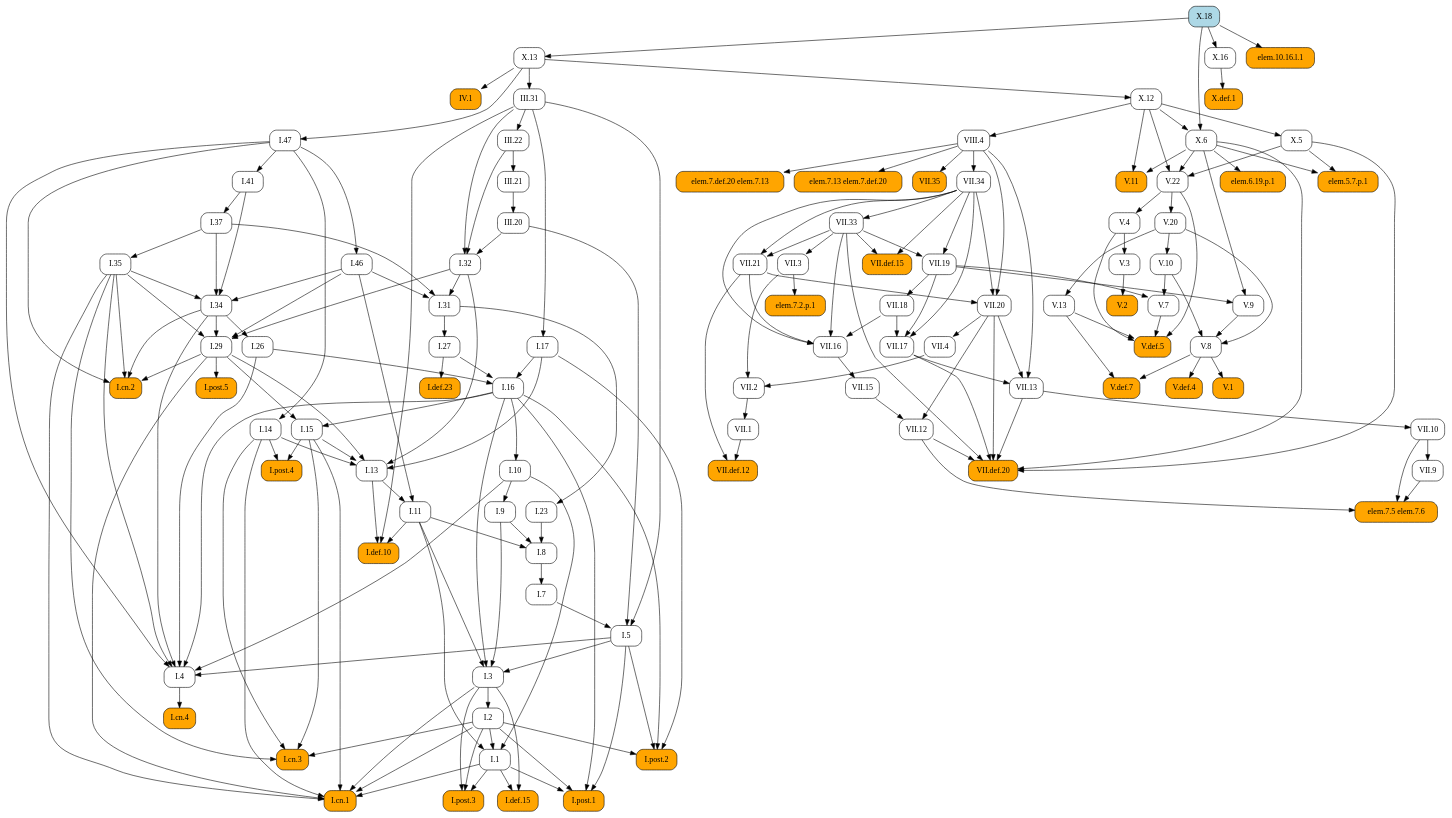
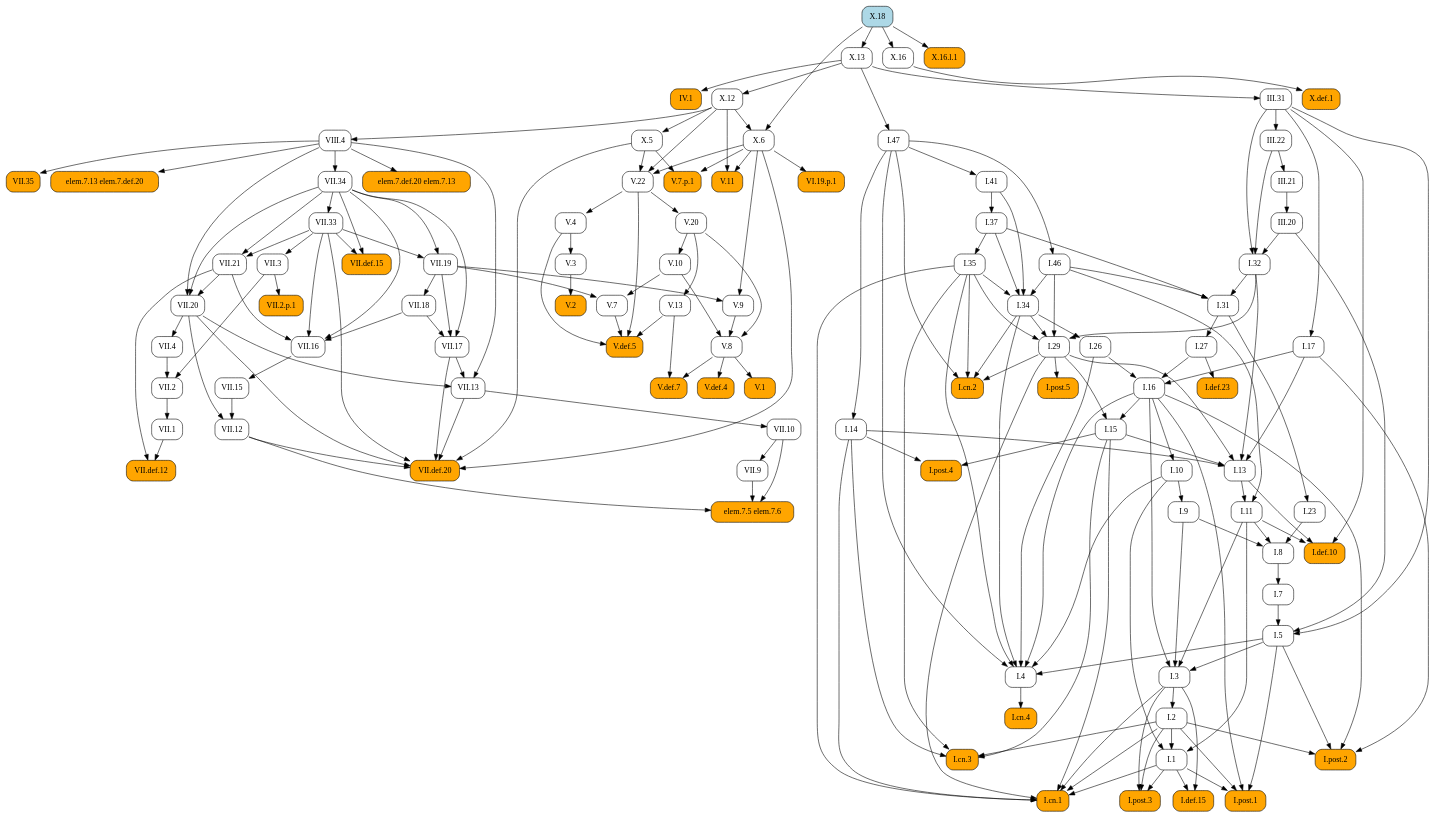
One commit to geometor/elements changed the diagram in docsrc/heath/X/18/index.rst. Above: the diagram before and after it, drawn with Graphviz. The commit also changed other lines of this file and 484 other files, not shown here.

```diff
--- a/docsrc/heath/X/18/index.rst
+++ b/docsrc/heath/X/18/index.rst
@@ -59,186 +63,150 @@
    digraph {
      rankdir="TB";
      node [shape=box, style=rounded];
+     "I.23" [URL="/heath/I/23/", target="_top"];
+     "I.9" [URL="/heath/I/9/", target="_top"];
+     "elem.7.def.20 elem.7.13" [style="rounded,filled", fillcolor=orange];
+     "VII.12" [URL="/heath/VII/12/", target="_top"];
+     "IV.1" [style="rounded,filled", fillcolor=orange, URL="/heath/IV/1/", target="_top"];
+     "VII.34" [URL="/heath/VII/34/", target="_top"];
+     "V.13" [URL="/heath/V/13/", target="_top"];
+     "I.def.15" [style="rounded,filled", fillcolor=orange, URL="/heath/I/def.15/", target="_top"];
+     "VII.16" [URL="/heath/VII/16/", target="_top"];
+     "V.7" [URL="/heath/V/7/", target="_top"];
+     "V.7.p.1" [style="rounded,filled", fillcolor=orange];
+     "I.post.1" [style="rounded,filled", fillcolor=orange, URL="/heath/I/post.1/", target="_top"];
+     "III.20" [URL="/heath/III/20/", target="_top"];
+     "X.6" [URL="/heath/X/6/", target="_top"];
+     "V.9" [URL="/heath/V/9/", target="_top"];
+     "I.31" [URL="/heath/I/31/", target="_top"];
+     "III.22" [URL="/heath/III/22/", target="_top"];
+     "VII.13" [URL="/heath/VII/13/", target="_top"];
      "I.def.10" [style="rounded,filled", fillcolor=orange, URL="/heath/I/def.10/", target="_top"];
+     "V.10" [URL="/heath/V/10/", target="_top"];
+     "VIII.4" [URL="/heath/VIII/4/", target="_top"];
+     "V.4" [URL="/heath/V/4/", target="_top"];
+     "VII.35" [style="rounded,filled", fillcolor=orange, URL="/heath/VII/35/", target="_top"];
+     "I.14" [URL="/heath/I/14/", target="_top"];
+     "V.11" [style="rounded,filled", fillcolor=orange, URL="/heath/V/11/", target="_top"];
+     "VII.2.p.1" [style="rounded,filled", fillcolor=orange];
+     "I.34" [URL="/heath/I/34/", target="_top"];
+     "VII.def.20" [style="rounded,filled", fillcolor=orange, URL="/heath/VII/def.20/", target="_top"];
+     "VII.15" [URL="/heath/VII/15/", target="_top"];
+     "I.3" [URL="/heath/I/3/", target="_top"];
+     "V.def.4" [style="rounded,filled", fillcolor=orange, URL="/heath/V/def.4/", target="_top"];
+     "V.def.7" [style="rounded,filled", fillcolor=orange, URL="/heath/V/def.7/", target="_top"];
+     "I.2" [URL="/heath/I/2/", target="_top"];
+     "V.3" [URL="/heath/V/3/", target="_top"];
+     "I.13" [URL="/heath/I/13/", target="_top"];
+     "I.post.4" [style="rounded,filled", fillcolor=orange, URL="/heath/I/post.4/", target="_top"];
+     "I.4" [URL="/heath/I/4/", target="_top"];
+     "X.16" [URL="/heath/X/16/", target="_top"];
+     "I.1" [URL="/heath/I/1/", target="_top"];
+     "I.8" [URL="/heath/I/8/", target="_top"];
+     "I.17" [URL="/heath/I/17/", target="_top"];
+     "VII.21" [URL="/heath/VII/21/", target="_top"];
+     "I.29" [URL="/heath/I/29/", target="_top"];
+     "V.8" [URL="/heath/V/8/", target="_top"];
+     "I.15" [URL="/heath/I/15/", target="_top"];
+     "VII.def.12" [style="rounded,filled", fillcolor=orange, URL="/heath/VII/def.12/", target="_top"];
+     "I.10" [URL="/heath/I/10/", target="_top"];
      "I.11" [URL="/heath/I/11/", target="_top"];
-     "I.post.4" [style="rounded,filled", fillcolor=orange, URL="/heath/I/post.4/", target="_top"];
-     "I.1" [URL="/heath/I/1/", target="_top"];
+     "I.def.23" [style="rounded,filled", fillcolor=orange, URL="/heath/I/def.23/", target="_top"];
+     "elem.7.13 elem.7.def.20" [style="rounded,filled", fillcolor=orange];
+     "VII.20" [URL="/heath/VII/20/", target="_top"];
+     "I.46" [URL="/heath/I/46/", target="_top"];
+     "I.26" [URL="/heath/I/26/", target="_top"];
+     "VII.33" [URL="/heath/VII/33/", target="_top"];
+     "X.18" [style="rounded,filled", fillcolor=lightblue, URL="/heath/X/18/", target="_top"];
+     "I.32" [URL="/heath/I/32/", target="_top"];
+     "elem.7.5 elem.7.6" [style="rounded,filled", fillcolor=orange];
+     "VII.9" [URL="/heath/VII/9/", target="_top"];
+     "I.47" [URL="/heath/I/47/", target="_top"];
+     "VII.18" [URL="/heath/VII/18/", target="_top"];
+     "X.12" [URL="/heath/X/12/", target="_top"];
+     "I.post.3" [style="rounded,filled", fillcolor=orange, URL="/heath/I/post.3/", target="_top"];
+     "V.def.5" [style="rounded,filled", fillcolor=orange, URL="/heath/V/def.5/", target="_top"];
+     "VII.10" [URL="/heath/VII/10/", target="_top"];
+     "X.16.l.1" [style="rounded,filled", fillcolor=orange];
+     "V.20" [URL="/heath/V/20/", target="_top"];
+     "I.27" [URL="/heath/I/27/", target="_top"];
+     "VII.def.15" [style="rounded,filled", fillcolor=orange, URL="/heath/VII/def.15/", target="_top"];
+     "VII.17" [URL="/heath/VII/17/", target="_top"];
+     "VII.19" [URL="/heath/VII/19/", target="_top"];
+     "VII.2" [URL="/heath/VII/2/", target="_top"];
+     "I.35" [URL="/heath/I/35/", target="_top"];
+     "I.cn.1" [style="rounded,filled", fillcolor=orange, URL="/heath/I/cn.1/", target="_top"];
+     "V.2" [style="rounded,filled", fillcolor=orange, URL="/heath/V/2/", target="_top"];
+     "I.7" [URL="/heath/I/7/", target="_top"];
+     "X.def.1" [style="rounded,filled", fillcolor=orange, URL="/heath/X/def.1/", target="_top"];
+     "X.5" [URL="/heath/X/5/", target="_top"];
+     "I.5" [URL="/heath/I/5/", target="_top"];
+     "I.37" [URL="/heath/I/37/", target="_top"];
+     "X.13" [URL="/heath/X/13/", target="_top"];
+     "VI.19.p.1" [style="rounded,filled", fillcolor=orange];
      "VII.1" [URL="/heath/VII/1/", target="_top"];
-     "VII.9" [URL="/heath/VII/9/", target="_top"];
-     "V.def.5" [style="rounded,filled", fillcolor=orange, URL="/heath/V/def.5/", target="_top"];
-     "III.20" [URL="/heath/III/20/", target="_top"];
-     "X.def.1" [style="rounded,filled", fillcolor=orange, URL="/heath/X/def.1/", target="_top"];
+     "I.cn.3" [style="rounded,filled", fillcolor=orange, URL="/heath/I/cn.3/", target="_top"];
+     "I.16" [URL="/heath/I/16/", target="_top"];
      "III.31" [URL="/heath/III/31/", target="_top"];
-     "X.13" [URL="/heath/X/13/", target="_top"];
-     "V.13" [URL="/heath/V/13/", target="_top"];
-     "V.11" [style="rounded,filled", fillcolor=orange, URL="/heath/V/11/", target="_top"];
-     "I.47" [URL="/heath/I/47/", target="_top"];
-     "elem.7.5 elem.7.6" [style="rounded,filled", fillcolor=orange];
-     "I.post.3" [style="rounded,filled", fillcolor=orange, URL="/heath/I/post.3/", target="_top"];
-     "I.cn.3" [style="rounded,filled", fillcolor=orange, URL="/heath/I/cn.3/", target="_top"];
-     "I.14" [URL="/heath/I/14/", target="_top"];
-     "VII.13" [URL="/heath/VII/13/", target="_top"];
-     "VII.2" [URL="/heath/VII/2/", target="_top"];
-     "V.3" [URL="/heath/V/3/", target="_top"];
-     "elem.7.13 elem.7.def.20" [style="rounded,filled", fillcolor=orange];
-     "VII.12" [URL="/heath/VII/12/", target="_top"];
-     "VII.def.12" [style="rounded,filled", fillcolor=orange, URL="/heath/VII/def.12/", target="_top"];
-     "I.41" [URL="/heath/I/41/", target="_top"];
-     "V.8" [URL="/heath/V/8/", target="_top"];
-     "I.27" [URL="/heath/I/27/", target="_top"];
-     "I.37" [URL="/heath/I/37/", target="_top"];
-     "I.34" [URL="/heath/I/34/", target="_top"];
-     "VII.10" [URL="/heath/VII/10/", target="_top"];
-     "elem.7.2.p.1" [style="rounded,filled", fillcolor=orange];
-     "I.2" [URL="/heath/I/2/", target="_top"];
-     "I.def.23" [style="rounded,filled", fillcolor=orange, URL="/heath/I/def.23/", target="_top"];
-     "VII.18" [URL="/heath/VII/18/", target="_top"];
-     "IV.1" [style="rounded,filled", fillcolor=orange, URL="/heath/IV/1/", target="_top"];
-     "I.17" [URL="/heath/I/17/", target="_top"];
-     "I.post.2" [style="rounded,filled", fillcolor=orange, URL="/heath/I/post.2/", target="_top"];
-     "VII.21" [URL="/heath/VII/21/", target="_top"];
-     "VII.20" [URL="/heath/VII/20/", target="_top"];
-     "VII.35" [style="rounded,filled", fillcolor=orange, URL="/heath/VII/35/", target="_top"];
-     "I.9" [URL="/heath/I/9/", target="_top"];
-     "X.16" [URL="/heath/X/16/", target="_top"];
-     "I.32" [URL="/heath/I/32/", target="_top"];
-     "V.def.4" [style="rounded,filled", fillcolor=orange, URL="/heath/V/def.4/", target="_top"];
-     "I.cn.4" [style="rounded,filled", fillcolor=orange, URL="/heath/I/cn.4/", target="_top"];
-     "I.15" [URL="/heath/I/15/", target="_top"];
-     "III.22" [URL="/heath/III/22/", target="_top"];
-     "V.def.7" [style="rounded,filled", fillcolor=orange, URL="/heath/V/def.7/", target="_top"];
-     "VII.def.20" [style="rounded,filled", fillcolor=orange, URL="/heath/VII/def.20/", target="_top"];
-     "I.5" [URL="/heath/I/5/", target="_top"];
-     "elem.7.def.20 elem.7.13" [style="rounded,filled", fillcolor=orange];
-     "I.26" [URL="/heath/I/26/", target="_top"];
-     "I.29" [URL="/heath/I/29/", target="_top"];
+     "VII.4" [URL="/heath/VII/4/", target="_top"];
+     "V.1" [style="rounded,filled", fillcolor=orange, URL="/heath/V/1/", target="_top"];
      "V.22" [URL="/heath/V/22/", target="_top"];
      "I.cn.2" [style="rounded,filled", fillcolor=orange, URL="/heath/I/cn.2/", target="_top"];
-     "X.6" [URL="/heath/X/6/", target="_top"];
-     "V.20" [URL="/heath/V/20/", target="_top"];
-     "V.10" [URL="/heath/V/10/", target="_top"];
-     "VII.17" [URL="/heath/VII/17/", target="_top"];
+     "I.post.5" [style="rounded,filled", fillcolor=orange, URL="/heath/I/post.5/", target="_top"];
      "VII.3" [URL="/heath/VII/3/", target="_top"];
-     "elem.10.16.l.1" [style="rounded,filled", fillcolor=orange];
-     "I.def.15" [style="rounded,filled", fillcolor=orange, URL="/heath/I/def.15/", target="_top"];
-     "X.18" [style="rounded,filled", fillcolor=lightblue, URL="/heath/X/18/", target="_top"];
-     "I.cn.1" [style="rounded,filled", fillcolor=orange, URL="/heath/I/cn.1/", target="_top"];
-     "V.7" [URL="/heath/V/7/", target="_top"];
-     "V.9" [URL="/heath/V/9/", target="_top"];
-     "I.23" [URL="/heath/I/23/", target="_top"];
-     "I.post.1" [style="rounded,filled", fillcolor=orange, URL="/heath/I/post.1/", target="_top"];
-     "X.12" [URL="/heath/X/12/", target="_top"];
-     "elem.6.19.p.1" [style="rounded,filled", fillcolor=orange];
-     "I.35" [URL="/heath/I/35/", target="_top"];
-     "I.10" [URL="/heath/I/10/", target="_top"];
-     "I.46" [URL="/heath/I/46/", target="_top"];
-     "VII.33" [URL="/heath/VII/33/", target="_top"];
-     "I.7" [URL="/heath/I/7/", target="_top"];
-     "I.3" [URL="/heath/I/3/", target="_top"];
-     "VII.def.15" [style="rounded,filled", fillcolor=orange, URL="/heath/VII/def.15/", target="_top"];
-     "I.4" [URL="/heath/I/4/", target="_top"];
-     "VII.19" [URL="/heath/VII/19/", target="_top"];
-     "I.13" [URL="/heath/I/13/", target="_top"];
-     "VII.16" [URL="/heath/VII/16/", target="_top"];
-     "V.4" [URL="/heath/V/4/", target="_top"];
-     "elem.5.7.p.1" [style="rounded,filled", fillcolor=orange];
-     "VII.4" [URL="/heath/VII/4/", target="_top"];
-     "I.31" [URL="/heath/I/31/", target="_top"];
-     "VIII.4" [URL="/heath/VIII/4/", target="_top"];
-     "V.1" [style="rounded,filled", fillcolor=orange, URL="/heath/V/1/", target="_top"];
-     "I.16" [URL="/heath/I/16/", target="_top"];
-     "X.5" [URL="/heath/X/5/", target="_top"];
-     "VII.34" [URL="/heath/VII/34/", target="_top"];
-     "I.8" [URL="/heath/I/8/", target="_top"];
-     "V.2" [style="rounded,filled", fillcolor=orange, URL="/heath/V/2/", target="_top"];
+     "I.cn.4" [style="rounded,filled", fillcolor=orange, URL="/heath/I/cn.4/", target="_top"];
      "III.21" [URL="/heath/III/21/", target="_top"];
-     "I.post.5" [style="rounded,filled", fillcolor=orange, URL="/heath/I/post.5/", target="_top"];
-     "VII.15" [URL="/heath/VII/15/", target="_top"];
+     "I.41" [URL="/heath/I/41/", target="_top"];
+     "I.post.2" [style="rounded,filled", fillcolor=orange, URL="/heath/I/post.2/", target="_top"];
+     "I.31" -> "I.23";
+     "I.10" -> "I.9";
+     "VIII.4" -> "elem.7.def.20 elem.7.13";
+     "VII.15" -> "VII.12";
+     "VII.20" -> "VII.12";
+     "X.13" -> "IV.1";
+     "VIII.4" -> "VII.34";
+     "V.20" -> "V.13";
+     "I.1" -> "I.def.15";
+     "I.3" -> "I.def.15";
+     "VII.18" -> "VII.16";
+     "VII.21" -> "VII.16";
+     "VII.33" -> "VII.16";
+     "VII.34" -> "VII.16";
+     "V.10" -> "V.7";
+     "VII.19" -> "V.7";
+     "X.5" -> "V.7.p.1";
+     "X.6" -> "V.7.p.1";
+     "I.1" -> "I.post.1";
+     "I.2" -> "I.post.1";
+     "I.5" -> "I.post.1";
+     "I.16" -> "I.post.1";
+     "III.21" -> "III.20";
+     "X.12" -> "X.6";
+     "X.18" -> "X.6";
+     "VII.19" -> "V.9";
+     "X.6" -> "V.9";
+     "I.32" -> "I.31";
+     "I.37" -> "I.31";
+     "I.46" -> "I.31";
+     "III.31" -> "III.22";
+     "VII.17" -> "VII.13";
+     "VII.20" -> "VII.13";
+     "VIII.4" -> "VII.13";
      "I.11" -> "I.def.10";
      "I.13" -> "I.def.10";
      "III.31" -> "I.def.10";
-     "I.13" -> "I.11";
-     "I.46" -> "I.11";
-     "I.14" -> "I.post.4";
-     "I.15" -> "I.post.4";
-     "I.2" -> "I.1";
-     "I.10" -> "I.1";
-     "I.11" -> "I.1";
-     "VII.2" -> "VII.1";
-     "VII.10" -> "VII.9";
-     "V.4" -> "V.def.5";
-     "V.7" -> "V.def.5";
-     "V.13" -> "V.def.5";
-     "V.22" -> "V.def.5";
-     "III.21" -> "III.20";
-     "X.16" -> "X.def.1";
-     "X.13" -> "III.31";
-     "X.18" -> "X.13";
-     "V.20" -> "V.13";
+     "V.20" -> "V.10";
+     "X.12" -> "VIII.4";
+     "V.22" -> "V.4";
+     "VIII.4" -> "VII.35";
+     "I.47" -> "I.14";
      "X.6" -> "V.11";
      "X.12" -> "V.11";
-     "X.13" -> "I.47";
-     "VII.9" -> "elem.7.5 elem.7.6";
-     "VII.10" -> "elem.7.5 elem.7.6";
-     "VII.12" -> "elem.7.5 elem.7.6";
-     "I.1" -> "I.post.3";
-     "I.2" -> "I.post.3";
-     "I.3" -> "I.post.3";
-     "I.2" -> "I.cn.3";
-     "I.14" -> "I.cn.3";
-     "I.15" -> "I.cn.3";
-     "I.35" -> "I.cn.3";
-     "I.47" -> "I.14";
-     "VII.17" -> "VII.13";
-     "VII.20" -> "VII.13";
-     "VIII.4" -> "VII.13";
-     "VII.3" -> "VII.2";
-     "VII.4" -> "VII.2";
-     "V.4" -> "V.3";
-     "VIII.4" -> "elem.7.13 elem.7.def.20";
-     "VII.15" -> "VII.12";
-     "VII.20" -> "VII.12";
-     "VII.1" -> "VII.def.12";
-     "VII.21" -> "VII.def.12";
-     "I.47" -> "I.41";
-     "V.9" -> "V.8";
-     "V.10" -> "V.8";
-     "V.20" -> "V.8";
-     "I.31" -> "I.27";
-     "I.41" -> "I.37";
+     "VII.3" -> "VII.2.p.1";
      "I.35" -> "I.34";
      "I.37" -> "I.34";
      "I.41" -> "I.34";
      "I.46" -> "I.34";
-     "VII.13" -> "VII.10";
-     "VII.3" -> "elem.7.2.p.1";
-     "I.3" -> "I.2";
-     "I.27" -> "I.def.23";
-     "VII.19" -> "VII.18";
-     "X.13" -> "IV.1";
-     "III.31" -> "I.17";
-     "I.2" -> "I.post.2";
-     "I.5" -> "I.post.2";
-     "I.16" -> "I.post.2";
-     "I.17" -> "I.post.2";
-     "VII.33" -> "VII.21";
-     "VII.34" -> "VII.21";
-     "VII.21" -> "VII.20";
-     "VII.34" -> "VII.20";
-     "VIII.4" -> "VII.20";
-     "VIII.4" -> "VII.35";
-     "I.10" -> "I.9";
-     "X.18" -> "X.16";
-     "III.20" -> "I.32";
-     "III.22" -> "I.32";
-     "III.31" -> "I.32";
-     "V.8" -> "V.def.4";
-     "I.4" -> "I.cn.4";
-     "I.16" -> "I.15";
-     "I.29" -> "I.15";
-     "III.31" -> "III.22";
-     "V.8" -> "V.def.7";
-     "V.13" -> "V.def.7";
      "VII.12" -> "VII.def.20";
      "VII.13" -> "VII.def.20";
      "VII.17" -> "VII.def.20";
@@ -246,15 +214,121 @@
      "VII.33" -> "VII.def.20";
      "X.5" -> "VII.def.20";
      "X.6" -> "VII.def.20";
-     "I.7" -> "I.5";
-     "III.20" -> "I.5";
-     "III.31" -> "I.5";
-     "VIII.4" -> "elem.7.def.20 elem.7.13";
-     "I.34" -> "I.26";
+     "VII.16" -> "VII.15";
+     "I.5" -> "I.3";
+     "I.9" -> "I.3";
+     "I.11" -> "I.3";
+     "I.16" -> "I.3";
+     "V.8" -> "V.def.4";
+     "V.8" -> "V.def.7";
+     "V.13" -> "V.def.7";
+     "I.3" -> "I.2";
+     "V.4" -> "V.3";
+     "I.14" -> "I.13";
+     "I.15" -> "I.13";
+     "I.17" -> "I.13";
+     "I.29" -> "I.13";
+     "I.32" -> "I.13";
+     "I.14" -> "I.post.4";
+     "I.15" -> "I.post.4";
+     "I.5" -> "I.4";
+     "I.10" -> "I.4";
+     "I.16" -> "I.4";
+     "I.26" -> "I.4";
+     "I.34" -> "I.4";
+     "I.35" -> "I.4";
+     "I.47" -> "I.4";
+     "X.18" -> "X.16";
+     "I.2" -> "I.1";
+     "I.10" -> "I.1";
+     "I.11" -> "I.1";
+     "I.9" -> "I.8";
+     "I.11" -> "I.8";
+     "I.23" -> "I.8";
+     "III.31" -> "I.17";
+     "VII.33" -> "VII.21";
+     "VII.34" -> "VII.21";
      "I.32" -> "I.29";
      "I.34" -> "I.29";
      "I.35" -> "I.29";
      "I.46" -> "I.29";
+     "V.9" -> "V.8";
+     "V.10" -> "V.8";
+     "V.20" -> "V.8";
+     "I.16" -> "I.15";
+     "I.29" -> "I.15";
+     "VII.1" -> "VII.def.12";
+     "VII.21" -> "VII.def.12";
+     "I.16" -> "I.10";
+     "I.13" -> "I.11";
+     "I.46" -> "I.11";
+     "I.27" -> "I.def.23";
+     "VIII.4" -> "elem.7.13 elem.7.def.20";
+     "VII.21" -> "VII.20";
+     "VII.34" -> "VII.20";
+     "VIII.4" -> "VII.20";
+     "I.47" -> "I.46";
+     "I.34" -> "I.26";
+     "VII.34" -> "VII.33";
+     "III.20" -> "I.32";
+     "III.22" -> "I.32";
+     "III.31" -> "I.32";
+     "VII.9" -> "elem.7.5 elem.7.6";
+     "VII.10" -> "elem.7.5 elem.7.6";
+     "VII.12" -> "elem.7.5 elem.7.6";
+     "VII.10" -> "VII.9";
+     "X.13" -> "I.47";
+     "VII.19" -> "VII.18";
+     "X.13" -> "X.12";
+     "I.1" -> "I.post.3";
+     "I.2" -> "I.post.3";
+     "I.3" -> "I.post.3";
+     "V.4" -> "V.def.5";
+     "V.7" -> "V.def.5";
+     "V.13" -> "V.def.5";
+     "V.22" -> "V.def.5";
+     "VII.13" -> "VII.10";
+     "X.18" -> "X.16.l.1";
+     "V.22" -> "V.20";
+     "I.31" -> "I.27";
+     "VII.33" -> "VII.def.15";
+     "VII.34" -> "VII.def.15";
+     "VII.18" -> "VII.17";
+     "VII.19" -> "VII.17";
+     "VII.34" -> "VII.17";
+     "VII.33" -> "VII.19";
+     "VII.34" -> "VII.19";
+     "VII.3" -> "VII.2";
+     "VII.4" -> "VII.2";
+     "I.37" -> "I.35";
+     "I.1" -> "I.cn.1";
+     "I.2" -> "I.cn.1";
+     "I.3" -> "I.cn.1";
+     "I.14" -> "I.cn.1";
+     "I.15" -> "I.cn.1";
+     "I.29" -> "I.cn.1";
+     "I.35" -> "I.cn.1";
+     "V.3" -> "V.2";
+     "I.8" -> "I.7";
+     "X.16" -> "X.def.1";
+     "X.12" -> "X.5";
+     "I.7" -> "I.5";
+     "III.20" -> "I.5";
+     "III.31" -> "I.5";
+     "I.41" -> "I.37";
+     "X.18" -> "X.13";
+     "X.6" -> "VI.19.p.1";
+     "VII.2" -> "VII.1";
+     "I.2" -> "I.cn.3";
+     "I.14" -> "I.cn.3";
+     "I.15" -> "I.cn.3";
+     "I.35" -> "I.cn.3";
+     "I.17" -> "I.16";
+     "I.26" -> "I.16";
+     "I.27" -> "I.16";
+     "X.13" -> "III.31";
+     "VII.20" -> "VII.4";
+     "V.8" -> "V.1";
      "X.5" -> "V.22";
      "X.6" -> "V.22";
      "X.12" -> "V.22";
@@ -262,83 +336,13 @@
      "I.34" -> "I.cn.2";
      "I.35" -> "I.cn.2";
      "I.47" -> "I.cn.2";
-     "X.12" -> "X.6";
-     "X.18" -> "X.6";
-     "V.22" -> "V.20";
-     "V.20" -> "V.10";
-     "VII.18" -> "VII.17";
-     "VII.19" -> "VII.17";
-     "VII.34" -> "VII.17";
+     "I.29" -> "I.post.5";
      "VII.33" -> "VII.3";
-     "X.18" -> "elem.10.16.l.1";
-     "I.1" -> "I.def.15";
-     "I.3" -> "I.def.15";
-     "I.1" -> "I.cn.1";
-     "I.2" -> "I.cn.1";
-     "I.3" -> "I.cn.1";
-     "I.14" -> "I.cn.1";
-     "I.15" -> "I.cn.1";
-     "I.29" -> "I.cn.1";
-     "I.35" -> "I.cn.1";
-     "V.10" -> "V.7";
-     "VII.19" -> "V.7";
-     "VII.19" -> "V.9";
-     "X.6" -> "V.9";
-     "I.31" -> "I.23";
-     "I.1" -> "I.post.1";
-     "I.2" -> "I.post.1";
-     "I.5" -> "I.post.1";
-     "I.16" -> "I.post.1";
-     "X.13" -> "X.12";
-     "X.6" -> "elem.6.19.p.1";
-     "I.37" -> "I.35";
-     "I.16" -> "I.10";
-     "I.47" -> "I.46";
-     "VII.34" -> "VII.33";
-     "I.8" -> "I.7";
-     "I.5" -> "I.3";
-     "I.9" -> "I.3";
-     "I.11" -> "I.3";
-     "I.16" -> "I.3";
-     "VII.33" -> "VII.def.15";
-     "VII.34" -> "VII.def.15";
-     "I.5" -> "I.4";
-     "I.10" -> "I.4";
-     "I.16" -> "I.4";
-     "I.26" -> "I.4";
-     "I.34" -> "I.4";
-     "I.35" -> "I.4";
-     "I.47" -> "I.4";
-     "VII.33" -> "VII.19";
-     "VII.34" -> "VII.19";
-     "I.14" -> "I.13";
-     "I.15" -> "I.13";
-     "I.17" -> "I.13";
-     "I.29" -> "I.13";
-     "I.32" -> "I.13";
-     "VII.18" -> "VII.16";
-     "VII.21" -> "VII.16";
-     "VII.33" -> "VII.16";
-     "VII.34" -> "VII.16";
-     "V.22" -> "V.4";
-     "X.5" -> "elem.5.7.p.1";
-     "X.6" -> "elem.5.7.p.1";
-     "VII.20" -> "VII.4";
-     "I.32" -> "I.31";
-     "I.37" -> "I.31";
-     "I.46" -> "I.31";
-     "X.12" -> "VIII.4";
-     "V.8" -> "V.1";
-     "I.17" -> "I.16";
-     "I.26" -> "I.16";
-     "I.27" -> "I.16";
-     "X.12" -> "X.5";
-     "VIII.4" -> "VII.34";
-     "I.9" -> "I.8";
-     "I.11" -> "I.8";
-     "I.23" -> "I.8";
-     "V.3" -> "V.2";
+     "I.4" -> "I.cn.4";
      "III.22" -> "III.21";
-     "I.29" -> "I.post.5";
-     "VII.16" -> "VII.15";
+     "I.47" -> "I.41";
+     "I.2" -> "I.post.2";
+     "I.5" -> "I.post.2";
+     "I.16" -> "I.post.2";
+     "I.17" -> "I.post.2";
    }
```
